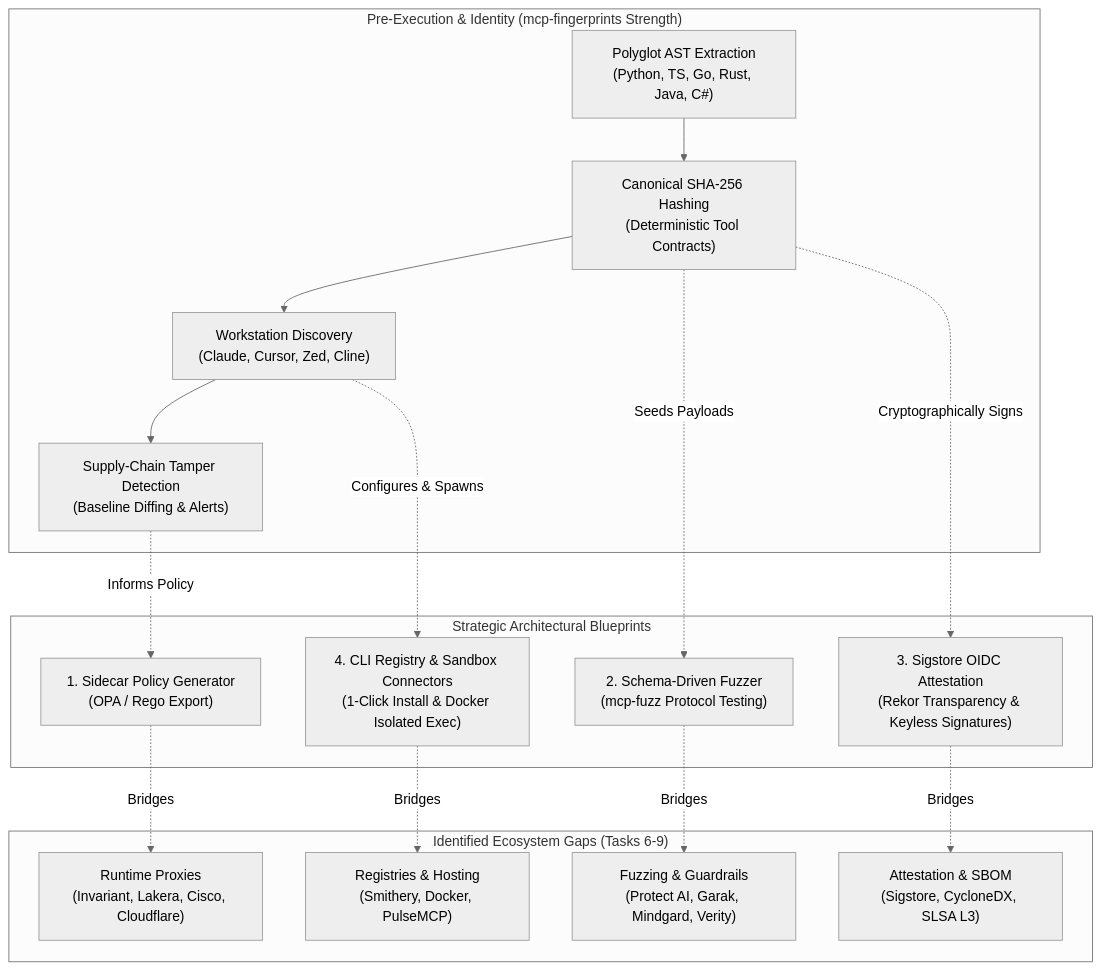
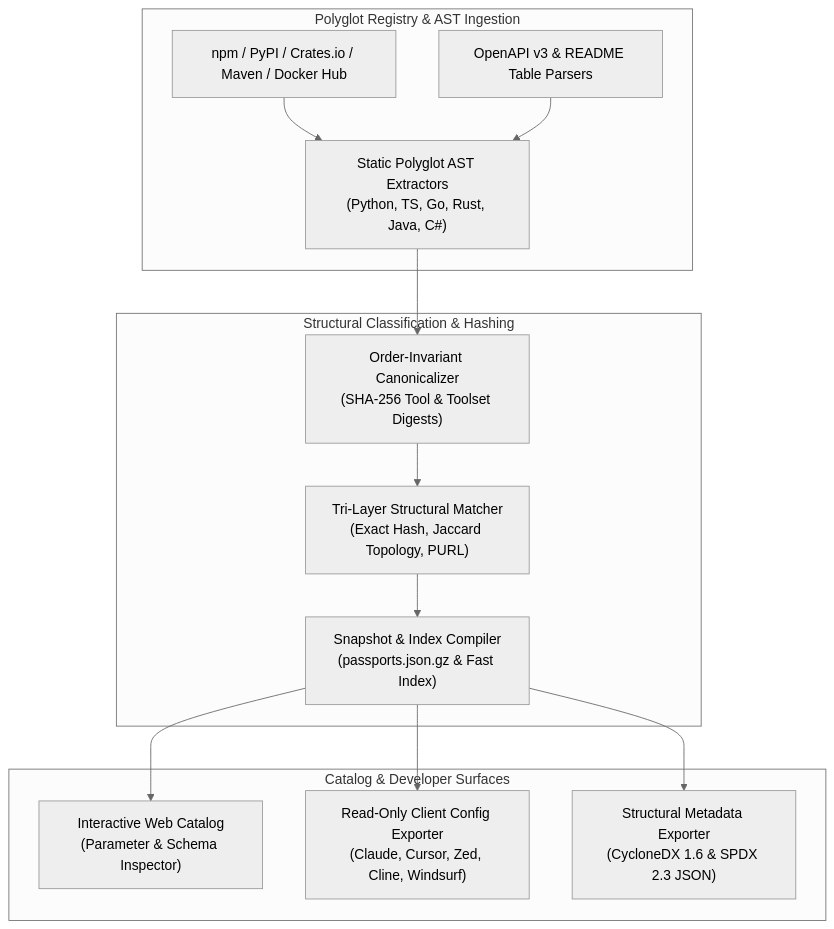
One commit to JMartynov/mcp-fingerprints changed the diagram in docs/reports/ECOSYSTEM_BENCHMARK_AND_GAP_ANALYSIS_REPORT.md. Above: the diagram before and after it, drawn with Mermaid (neutral theme). The commit also changed other lines of this file and 47 other files, not shown here.

````diff
--- a/docs/reports/ECOSYSTEM_BENCHMARK_AND_GAP_ANALYSIS_REPORT.md
+++ b/docs/reports/ECOSYSTEM_BENCHMARK_AND_GAP_ANALYSIS_REPORT.md
@@ -21,34 +22,27 @@
 ```mermaid
 flowchart TD
-    subgraph PreExecution["Pre-Execution & Identity (mcp-fingerprints Strength)"]
-        AST["Polyglot AST Extraction\n(Python, TS, Go, Rust, Java, C#)"]
-        Hash["Canonical SHA-256 Hashing\n(Deterministic Tool Contracts)"]
-        Workstation["Workstation Discovery\n(Claude, Cursor, Zed, Cline)"]
-        Drift["Supply-Chain Tamper Detection\n(Baseline Diffing & Alerts)"]
+    subgraph Ingestion["Polyglot Registry & AST Ingestion"]
+        NPM["npm / PyPI / Crates.io / Maven / Docker Hub"]
+        AST["Static Polyglot AST Extractors\n(Python, TS, Go, Rust, Java, C#)"]
+        OpenAPI["OpenAPI v3 & README Table Parsers"]
     end
 
-    subgraph EcosystemGaps["Identified Ecosystem Gaps (Tasks 6-9)"]
-        ProxyGap["Runtime Proxies\n(Invariant, Lakera, Cisco, Cloudflare)"]
-        RegGap["Registries & Hosting\n(Smithery, Docker, PulseMCP)"]
-        FuzzGap["Fuzzing & Guardrails\n(Protect AI, Garak, Mindgard, Verity)"]
-        SBOMGap["Attestation & SBOM\n(Sigstore, CycloneDX, SLSA L3)"]
+    subgraph Core["Structural Classification & Hashing"]
+        Canon["Order-Invariant Canonicalizer\n(SHA-256 Tool & Toolset Digests)"]
+        Matcher["Tri-Layer Structural Matcher\n(Exact Hash, Jaccard Topology, PURL)"]
+        Snap["Snapshot & Index Compiler\n(passports.json.gz & Fast Index)"]
     end
 
-    subgraph Blueprints["Strategic Architectural Blueprints"]
-        BP1["1. Sidecar Policy Generator\n(OPA / Rego Export)"]
-        BP2["2. Schema-Driven Fuzzer\n(mcp-fuzz Protocol Testing)"]
-        BP3["3. Sigstore OIDC Attestation\n(Rekor Transparency & Keyless Signatures)"]
-        BP4["4. CLI Registry & Sandbox Connectors\n(1-Click Install & Docker Isolated Exec)"]
+    subgraph Consumers["Catalog & Developer Surfaces"]
+        Web["Interactive Web Catalog\n(Parameter & Schema Inspector)"]
+        Config["Read-Only Client Config Exporter\n(Claude, Cursor, Zed, Cline, Windsurf)"]
+        SBOM["Structural Metadata Exporter\n(CycloneDX 1.6 & SPDX 2.3 JSON)"]
     end
 
-    AST --> Hash --> Workstation --> Drift
-    Drift -.->|Informs Policy| BP1
-    Hash -.->|Seeds Payloads| BP2
-    Hash -.->|Cryptographically Signs| BP3
-    Workstation -.->|Configures & Spawns| BP4
-
-    BP1 -.->|Bridges| ProxyGap
-    BP2 -.->|Bridges| FuzzGap
-    BP3 -.->|Bridges| SBOMGap
-    BP4 -.->|Bridges| RegGap
+    NPM --> AST
+    OpenAPI --> AST
+    AST --> Canon --> Matcher --> Snap
+    Snap --> Web
+    Snap --> Config
+    Snap --> SBOM
 ```
````
